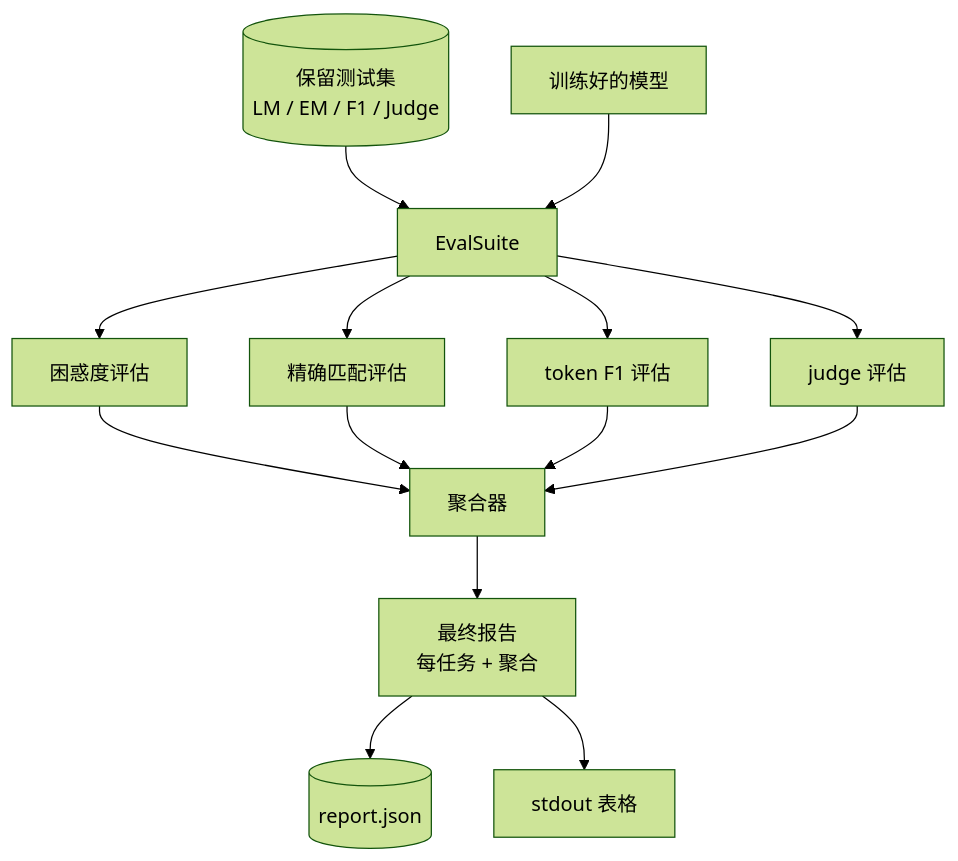
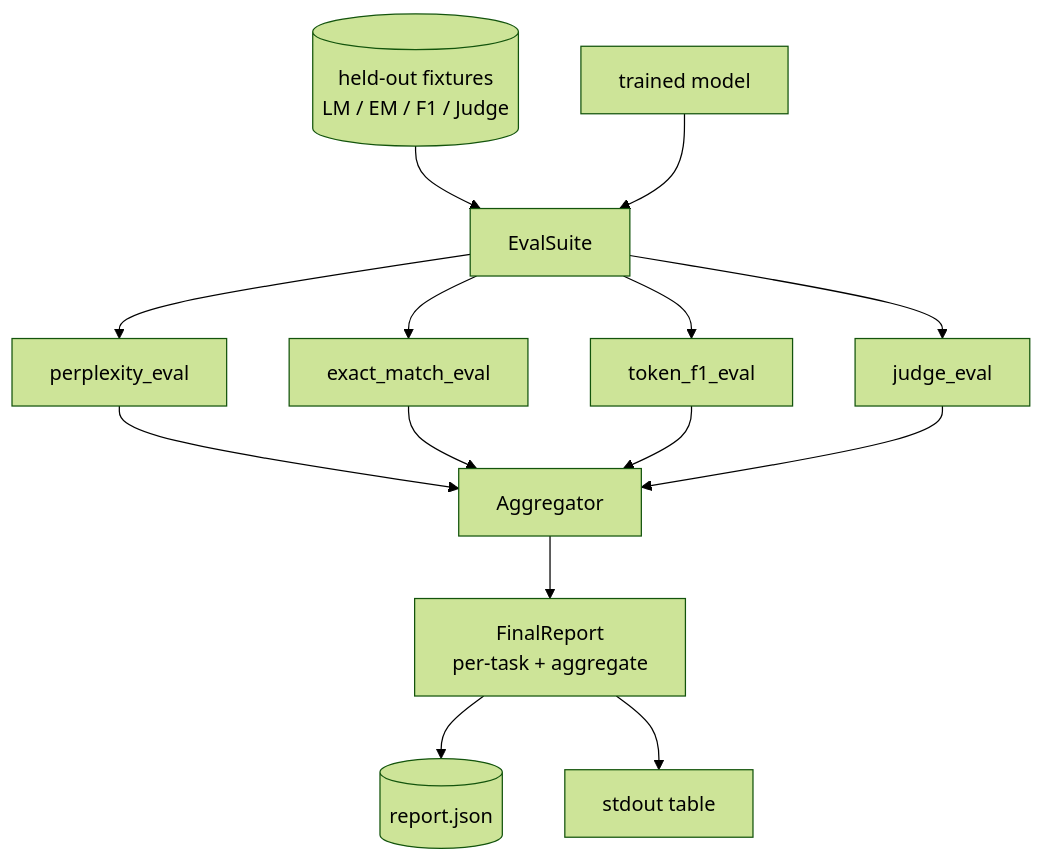
Before and after one commit to xiaojiaenen/ai-engineering-from-scratch-zh: the third of 3 diagrams in i18n/zh/phases/19-capstone-projects/41-eval-pipeline/docs/zh.md, drawn with Mermaid (forest theme). The commit also changed other lines of this file and 85 other files, not shown here.

````diff
--- a/i18n/zh/phases/19-capstone-projects/41-eval-pipeline/docs/zh.md
+++ b/i18n/zh/phases/19-capstone-projects/41-eval-pipeline/docs/zh.md
@@ -112,16 +112,16 @@
 ```mermaid
 flowchart TD
-  Data[(保留测试集<br/>LM / EM / F1 / Judge)] --> Suite[EvalSuite]
-  Model[训练好的模型] --> Suite
-  Suite --> PE[困惑度评估]
-  Suite --> EE[精确匹配评估]
-  Suite --> FE[token F1 评估]
-  Suite --> JE[judge 评估]
-  PE --> Agg[聚合器]
+  Data[(held-out fixtures<br/>LM / EM / F1 / Judge)] --> Suite[EvalSuite]
+  Model[trained model] --> Suite
+  Suite --> PE[perplexity_eval]
+  Suite --> EE[exact_match_eval]
+  Suite --> FE[token_f1_eval]
+  Suite --> JE[judge_eval]
+  PE --> Agg[Aggregator]
   EE --> Agg
   FE --> Agg
   JE --> Agg
-  Agg --> R[最终报告<br/>每任务 + 聚合]
+  Agg --> R[FinalReport<br/>per-task + aggregate]
   R --> JSON[(report.json)]
-  R --> Pretty[stdout 表格]
+  R --> Pretty[stdout table]
 ```
````
